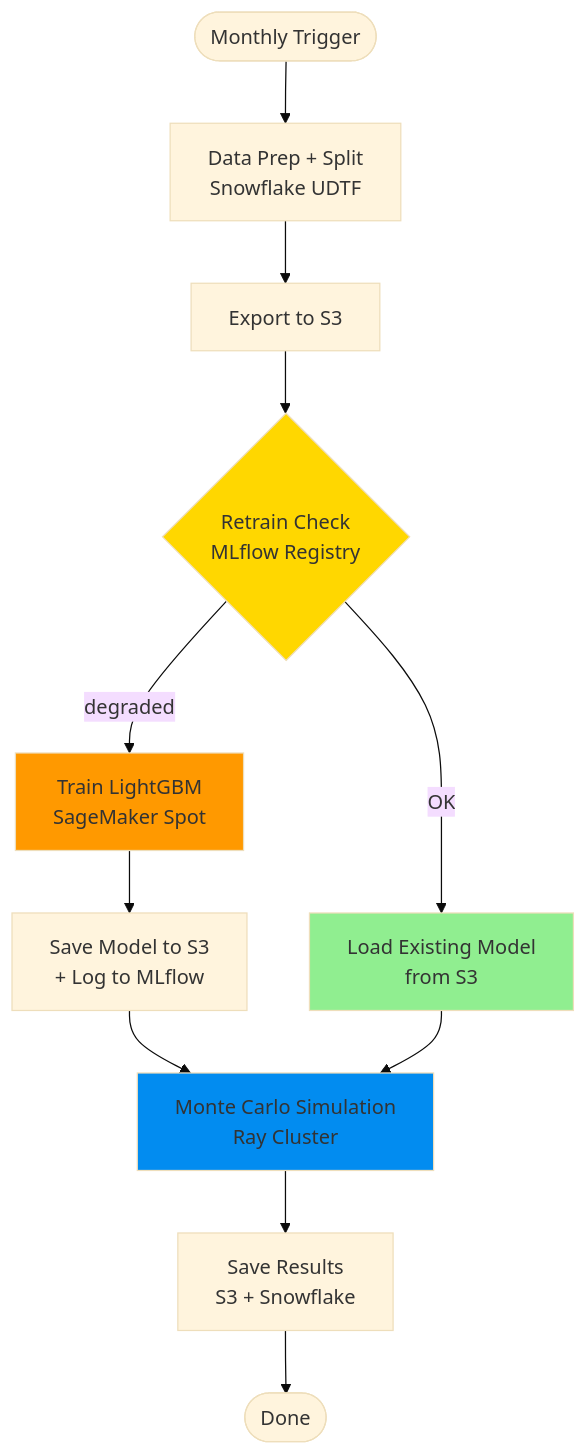
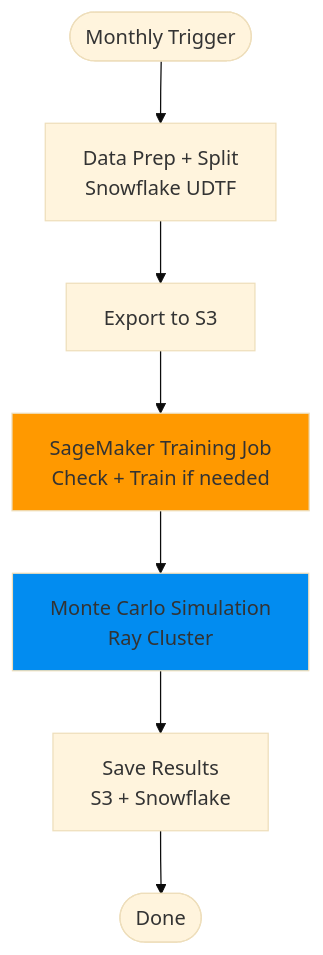
Before and after one commit to mohamedrahmouni/MLPipeline: the third of 3 diagrams in docs/architecture.md, drawn with Mermaid (base theme). The commit also changed other lines of this file and 12 other files, not shown here.

````diff
--- a/docs/architecture.md
+++ b/docs/architecture.md
@@ -74,21 +74,14 @@
 ```mermaid
 graph TB
     Start([Monthly Trigger]) --> Prep[Data Prep + Split<br/>Snowflake UDTF]
     Prep --> Export[Export to S3]
-    Export --> Check{Retrain Check<br/>MLflow Registry}
+    Export --> SageMaker[SageMaker Training Job<br/>Check + Train if needed]
 
-    Check -->|degraded| Train[Train LightGBM<br/>SageMaker Spot]
-    Check -->|OK| Reuse[Load Existing Model<br/>from S3]
-
-    Train --> Save[Save Model to S3<br/>+ Log to MLflow]
-    Save --> Simulate
-    Reuse --> Simulate[Monte Carlo Simulation<br/>Ray Cluster]
+    SageMaker --> Simulate[Monte Carlo Simulation<br/>Ray Cluster]
 
     Simulate --> Results[Save Results<br/>S3 + Snowflake]
     Results --> End([Done])
 
-    style Check fill:#ffd700
-    style Train fill:#ff9900
-    style Reuse fill:#90ee90
+    style SageMaker fill:#ff9900
     style Simulate fill:#028cf0
 ```
````
